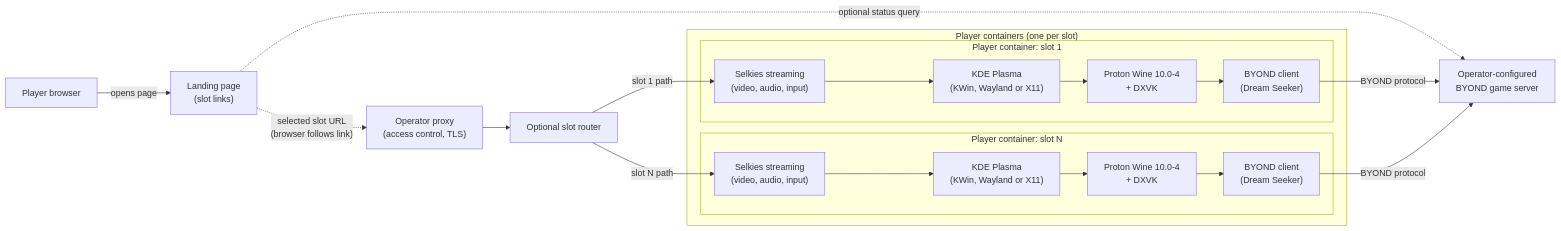
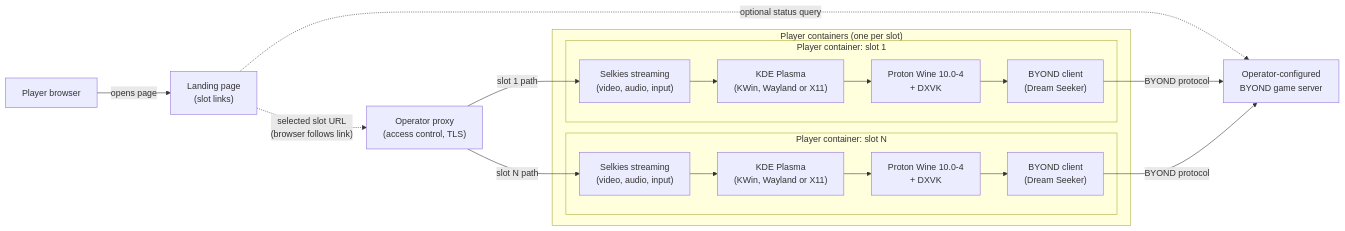
The diagram in README.md (flashdim/tgstation-gateway), drawn with Mermaid before and after one commit. The commit also changed other lines of this file and 8 other files, not shown here.

````diff
--- a/README.md
+++ b/README.md
@@ -19,23 +19,22 @@
 ```mermaid
 flowchart LR
     Browser["Player browser"] -->|"opens page"| Landing["Landing page<br/>(slot links)"]
     Landing -.->|"selected slot URL<br/>(browser follows link)"| Proxy["Operator proxy<br/>(access control, TLS)"]
-    Proxy --> Router["Optional slot router"]
-    Router -->|"slot 1 path"| Selkies1
-    Router -->|"slot N path"| SelkiesN
+    Proxy -->|"slot 1 path"| Selkies1
+    Proxy -->|"slot N path"| SelkiesN
     subgraph Players["Player containers (one per slot)"]
         subgraph Player1["Player container: slot 1"]
             Selkies1["Selkies streaming<br/>(video, audio, input)"] --> Desktop1["KDE Plasma<br/>(KWin, Wayland or X11)"]
             Desktop1 --> Wine1["Proton Wine 10.0-4<br/>+ DXVK"]
             Wine1 --> Client1["BYOND client<br/>(Dream Seeker)"]
         end
         subgraph PlayerN["Player container: slot N"]
             SelkiesN["Selkies streaming<br/>(video, audio, input)"] --> DesktopN["KDE Plasma<br/>(KWin, Wayland or X11)"]
             DesktopN --> WineN["Proton Wine 10.0-4<br/>+ DXVK"]
             WineN --> ClientN["BYOND client<br/>(Dream Seeker)"]
         end
     end
     Landing -.->|"optional status query"| Server
     Client1 -->|"BYOND protocol"| Server["Operator-configured<br/>BYOND game server"]
     ClientN -->|"BYOND protocol"| Server
 ```
````
